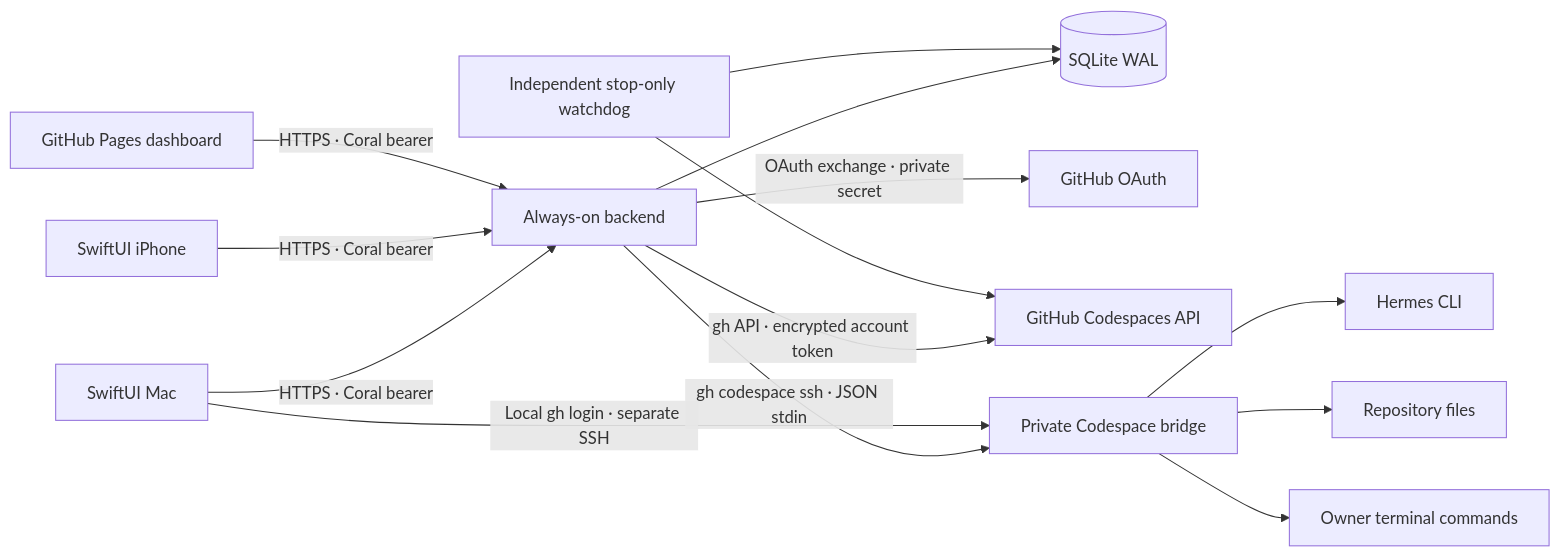
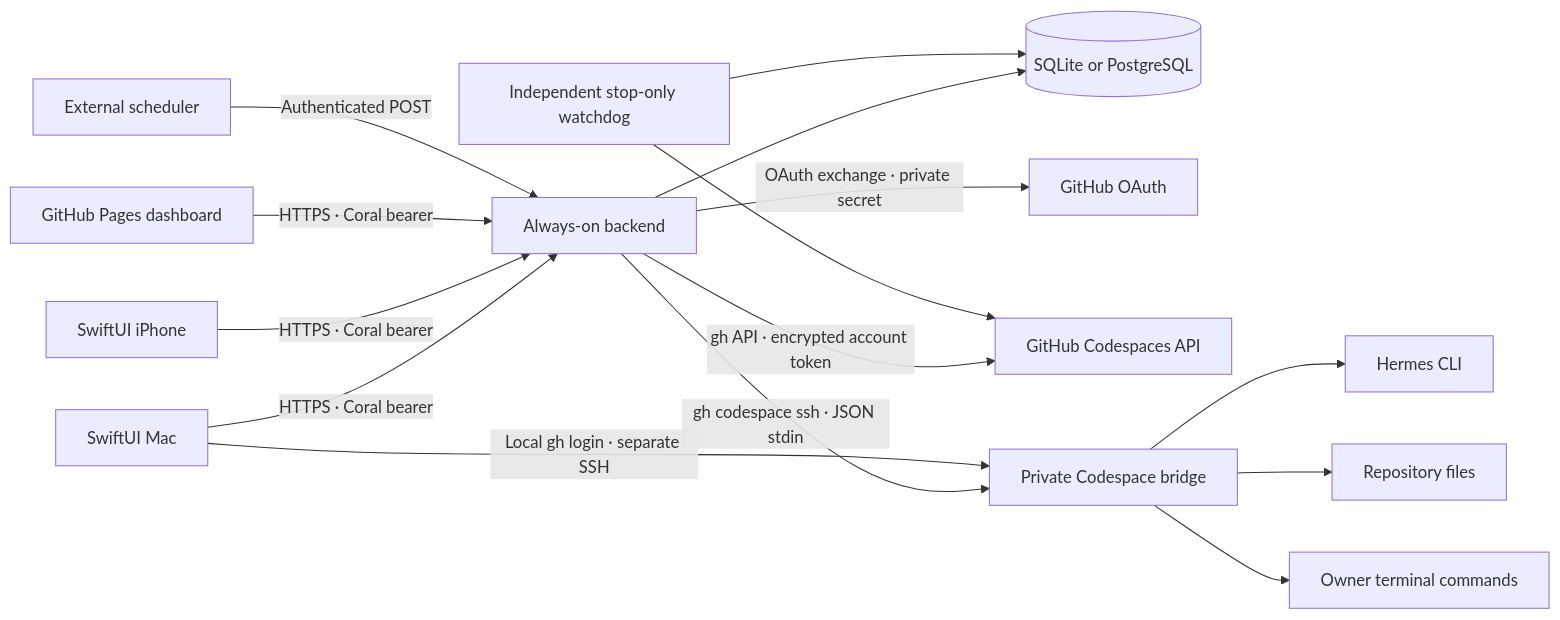
One commit to MathObsession/Coral changed the diagram in docs/ARCHITECTURE.md. Above: the diagram before and after it, drawn with Mermaid. The commit also changed other lines of this file and 13 other files, not shown here.

````diff
--- a/docs/ARCHITECTURE.md
+++ b/docs/ARCHITECTURE.md
@@ -3,16 +3,17 @@
 ```mermaid
 flowchart LR
     Mac[SwiftUI Mac] -->|HTTPS · Coral bearer| Backend[Always-on backend]
     Phone[SwiftUI iPhone] -->|HTTPS · Coral bearer| Backend
     Pages[GitHub Pages dashboard] -->|HTTPS · Coral bearer| Backend
-    Backend --> DB[(SQLite WAL)]
+    Backend --> DB[(SQLite or PostgreSQL)]
     Backend -->|OAuth exchange · private secret| OAuth[GitHub OAuth]
     Backend -->|gh API · encrypted account token| GitHub[GitHub Codespaces API]
     Backend -->|gh codespace ssh · JSON stdin| Bridge[Private Codespace bridge]
     Bridge --> Hermes[Hermes CLI]
     Bridge --> Files[Repository files]
     Bridge --> Commands[Owner terminal commands]
     Mac -->|Local gh login · separate SSH| Bridge
     Watchdog[Independent stop-only watchdog] --> DB
     Watchdog --> GitHub
+    Cron[External scheduler] -->|Authenticated POST| Backend
 ```
````
